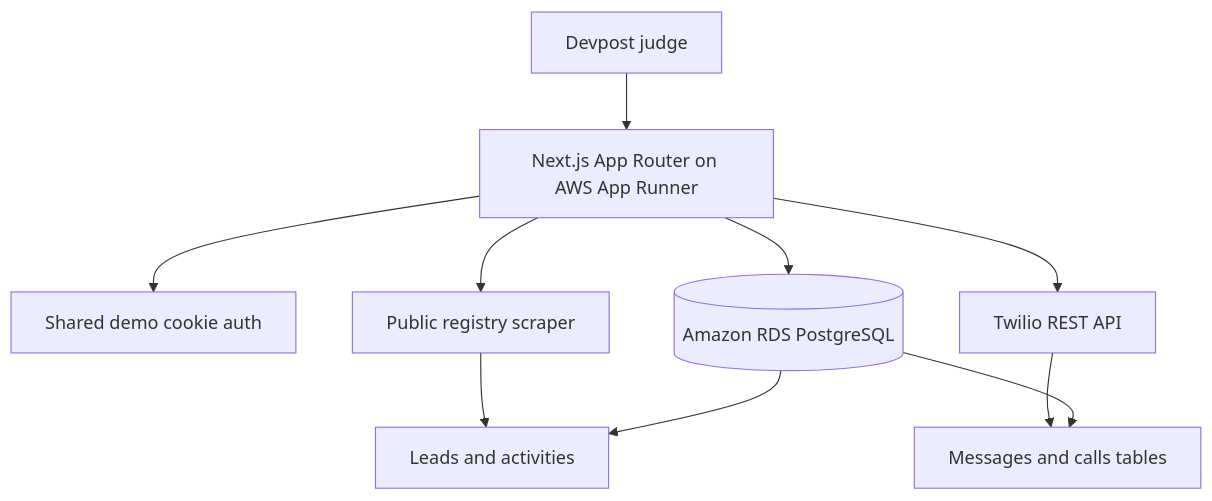
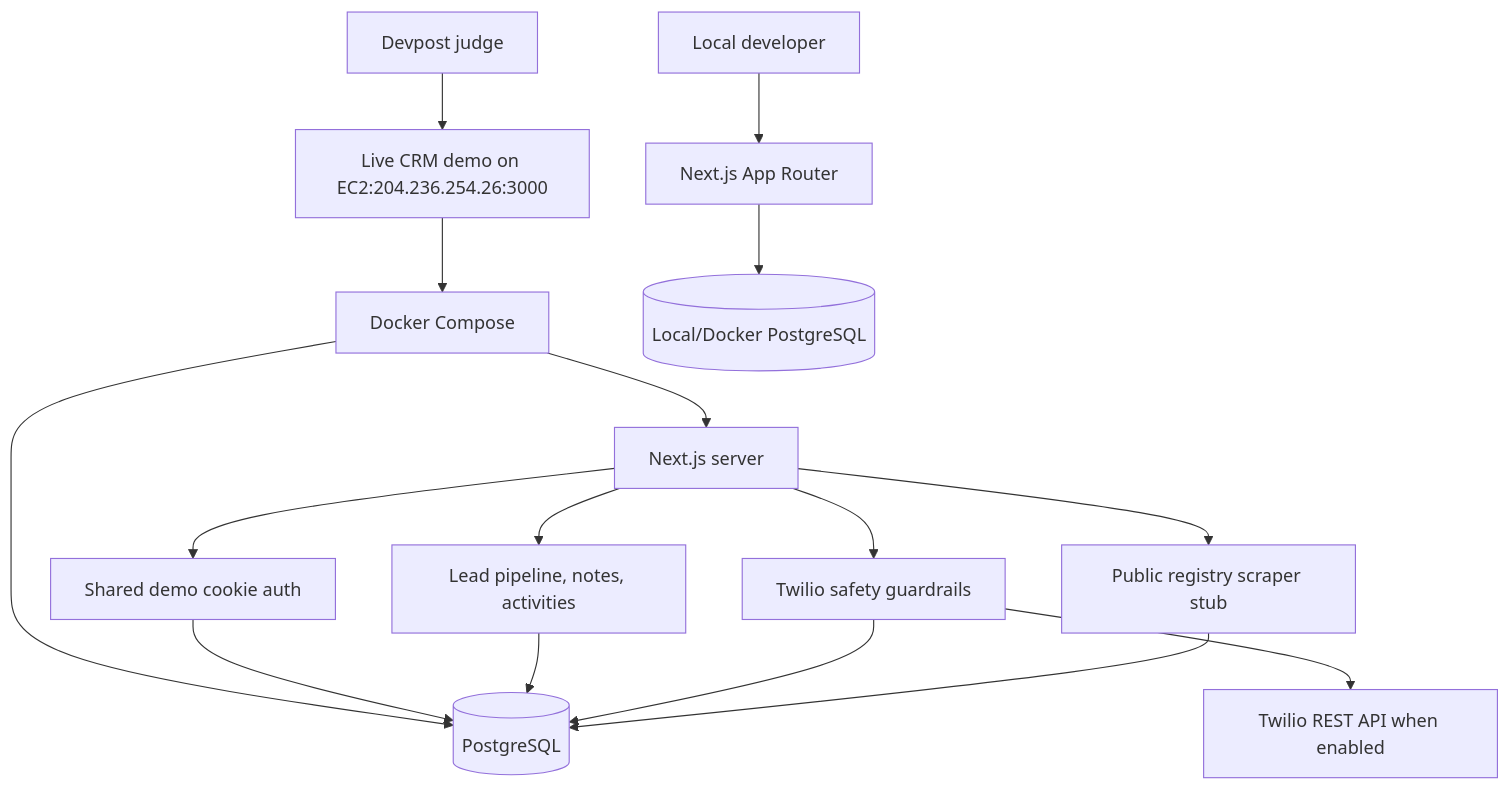
Before and after one commit to LouisRodriguez12101815/codexCrm: the diagram in README.md, drawn with Mermaid. The commit also changed other lines of this file and 13 other files, not shown here.

````diff
--- a/README.md
+++ b/README.md
@@ -52,12 +71,18 @@
 ```mermaid
 flowchart TD
-  Judge[Devpost judge] --> App[Next.js App Router on AWS App Runner]
+  Judge[Devpost judge] --> Demo[Live CRM demo on EC2:204.236.254.26:3000]
+  Developer[Local developer] --> Local[Next.js App Router]
+  Demo --> Docker[Docker Compose]
+  Docker --> App[Next.js server]
+  Docker --> Postgres[(PostgreSQL)]
+  Local --> PostgresLocal[(Local/Docker PostgreSQL)]
   App --> Auth[Shared demo cookie auth]
-  App --> RDS[(Amazon RDS PostgreSQL)]
-  App --> Twilio[Twilio REST API]
-  App --> Scraper[Public registry scraper]
-  Twilio --> Logs[Messages and calls tables]
-  Scraper --> Leads[Leads and activities]
-  RDS --> Leads
-  RDS --> Logs
+  App --> Leads[Lead pipeline, notes, activities]
+  App --> Safety[Twilio safety guardrails]
+  Safety --> Twilio[Twilio REST API when enabled]
+  App --> Scraper[Public registry scraper stub]
+  Auth --> Postgres
+  Leads --> Postgres
+  Safety --> Postgres
+  Scraper --> Postgres
 ```
````
